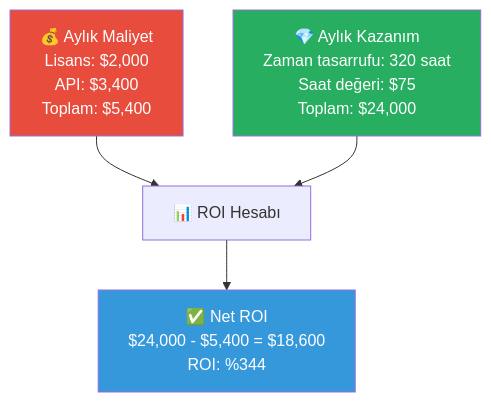
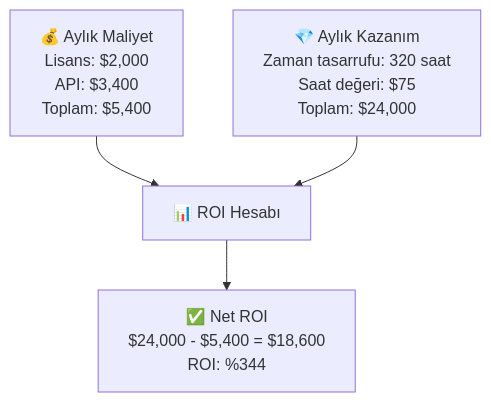
Before and after one commit to IzzetYasinAtes/ClaudeCodeHandbook: the sixth of 7 diagrams in 18-kurumsal-kullanim/02-analitik-ve-metrikler.md, drawn with Mermaid. The commit also changed other lines of this file and 97 other files, not shown here.

Commit message:
Remove all custom Mermaid style/fill colors from 98 markdown files for consistent dark theme rendering

````diff
--- a/18-kurumsal-kullanim/02-analitik-ve-metrikler.md
+++ b/18-kurumsal-kullanim/02-analitik-ve-metrikler.md
@@ -218,12 +202,9 @@
 ```mermaid
 flowchart TD
     COST["💰 Aylık Maliyet<br/>Lisans: $2,000<br/>API: $3,400<br/>Toplam: $5,400"] --> ROI["📊 ROI Hesabı"]
 
     SAVINGS["💎 Aylık Kazanım<br/>Zaman tasarrufu: 320 saat<br/>Saat değeri: $75<br/>Toplam: $24,000"] --> ROI
 
     ROI --> RESULT["✅ Net ROI<br/>$24,000 - $5,400 = $18,600<br/>ROI: %344"]
 
-    style COST fill:#E74C3C,color:#fff
-    style SAVINGS fill:#27AE60,color:#fff
-    style RESULT fill:#3498DB,color:#fff
 ```
````
